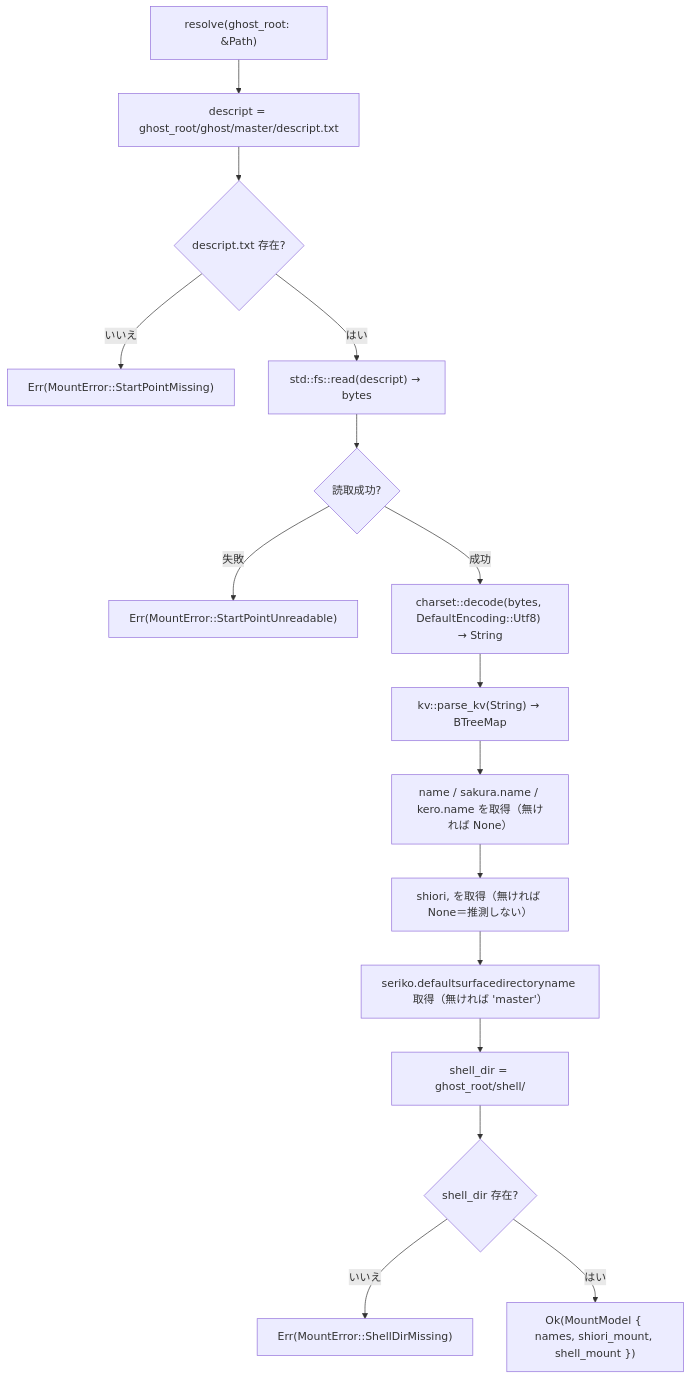
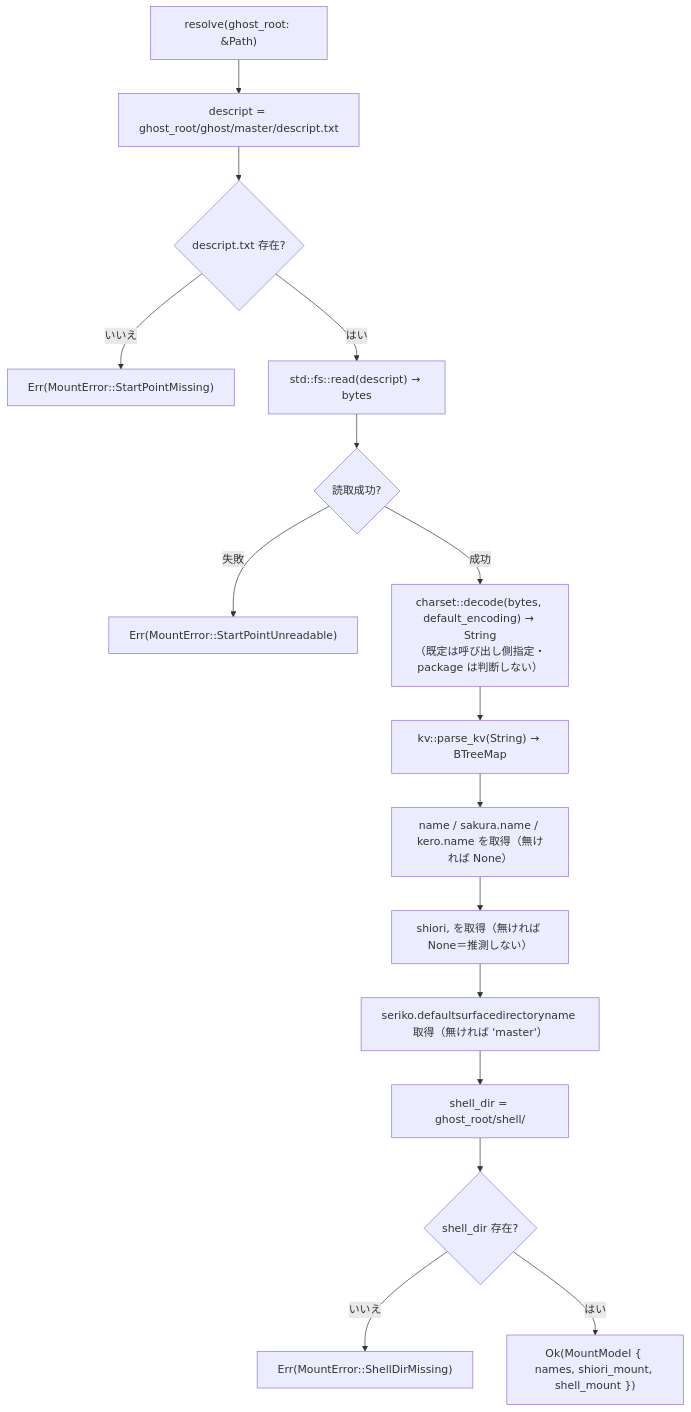
Before and after one commit to ekicyou/areka: the second of 2 diagrams in .kiro/specs/areka-P0-package-mount/design.md, drawn with Mermaid. The commit also changed other lines of this file, not shown here.

First line of the commit message:
docs(areka-P0-package-mount): resolve design discussion #1 - caller-supplied default_encoding

````diff
--- a/.kiro/specs/areka-P0-package-mount/design.md
+++ b/.kiro/specs/areka-P0-package-mount/design.md
@@ -129,28 +129,28 @@
 ```mermaid
 flowchart TD
   start["resolve(ghost_root: &Path)"]
   descript_path["descript = ghost_root/ghost/master/descript.txt"]
   exists{"descript.txt 存在?"}
   err_missing["Err(MountError::StartPointMissing)"]
   read["std::fs::read(descript) → bytes"]
   read_err{"読取成功?"}
   err_read["Err(MountError::StartPointUnreadable)"]
-  decode["charset::decode(bytes, DefaultEncoding::Utf8) → String"]
+  decode["charset::decode(bytes, default_encoding) → String\n（既定は呼び出し側指定・package は判断しない）"]
   kv["kv::parse_kv(String) → BTreeMap"]
   names["name / sakura.name / kero.name を取得（無ければ None）"]
   shiori["shiori,<file> を取得（無ければ None＝推測しない）"]
   shelldir["seriko.defaultsurfacedirectoryname 取得（無ければ 'master'）"]
   shellpath["shell_dir = ghost_root/shell/<name>"]
   shell_exists{"shell_dir 存在?"}
   err_shell["Err(MountError::ShellDirMissing)"]
   build["Ok(MountModel { names, shiori_mount, shell_mount })"]
 
   start --> descript_path --> exists
   exists -- いいえ --> err_missing
   exists -- はい --> read --> read_err
   read_err -- 失敗 --> err_read
   read_err -- 成功 --> decode --> kv
   kv --> names --> shiori --> shelldir --> shellpath --> shell_exists
   shell_exists -- いいえ --> err_shell
   shell_exists -- はい --> build
 ```
````
